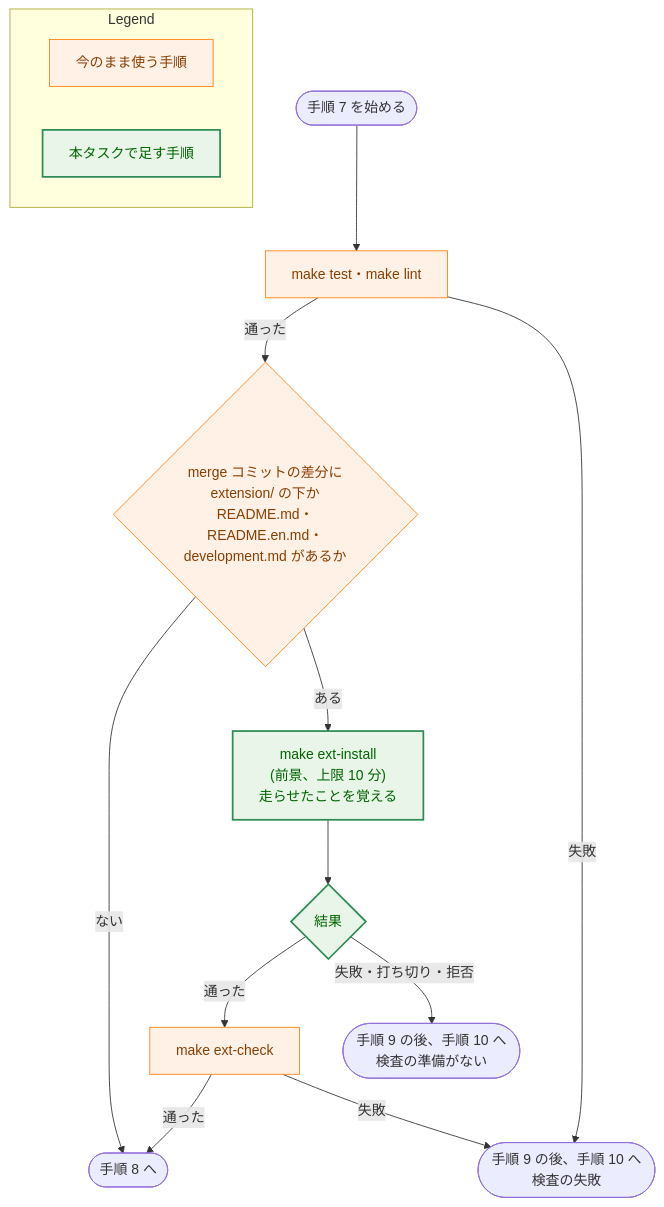
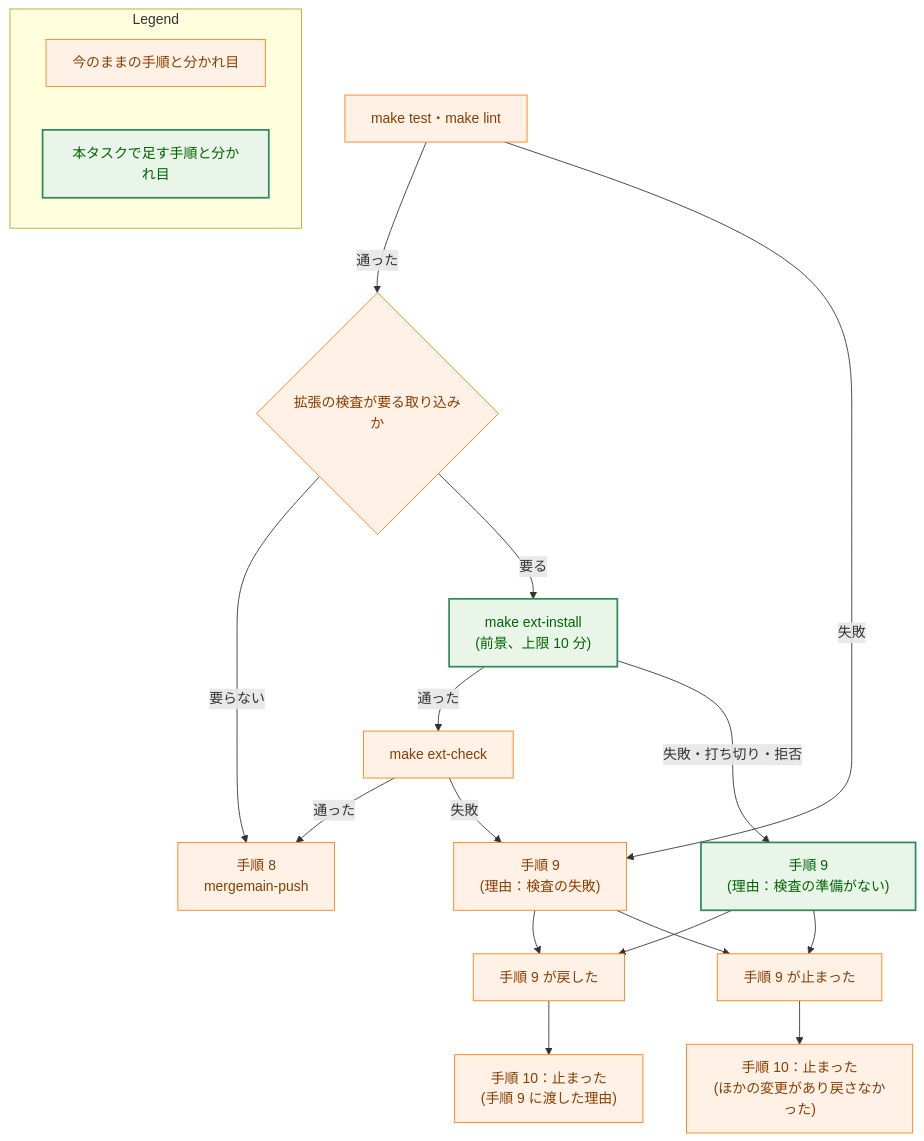
Before and after one commit to isseis/yt2column: the fifth of 5 diagrams in docs/tasks/0130_mergemain_ext_install/02_architecture.md, drawn with Mermaid. The commit also changed other lines of this file and 1 other file, not shown here.

First line of the commit message:
docs(0130): address the architecture review and improve its Japanese prose

````diff
--- a/docs/tasks/0130_mergemain_ext_install/02_architecture.md
+++ b/docs/tasks/0130_mergemain_ext_install/02_architecture.md
@@ -336,36 +362,42 @@
 ```mermaid
 flowchart TD
     classDef process fill:#fff1e6,stroke:#ff7f0e,stroke-width:1px,color:#8a3e00;
     classDef enhanced fill:#e8f5e8,stroke:#2e8b57,stroke-width:2px,color:#006400;
 
-    S(["手順 7 を始める"])
     T["make test・make lint"]
-    D{"merge コミットの差分に<br>extension/ の下か<br>README.md・README.en.md・<br>development.md があるか"}
-    I["make ext-install<br>(前景、上限 10 分)<br>走らせたことを覚える"]
-    IR{"結果"}
+    D{"拡張の検査が要る取り込みか"}
+    I["make ext-install<br>(前景、上限 10 分)"]
     C["make ext-check"]
-    S8(["手順 8 へ"])
-    S9A(["手順 9 の後、手順 10 へ<br>検査の失敗"])
-    S9B(["手順 9 の後、手順 10 へ<br>検査の準備がない"])
+    P["手順 8<br>mergemain-push"]
+    RA["手順 9<br>(理由：検査の失敗)"]
+    RB["手順 9<br>(理由：検査の準備がない)"]
+    OK["手順 9 が戻した"]
+    NG["手順 9 が止まった"]
+    E1["手順 10：止まった<br>(手順 9 に渡した理由)"]
+    E2["手順 10：止まった<br>(ほかの変更があり戻さなかった)"]
 
-    S --> T
     T -->|"通った"| D
-    T -->|"失敗"| S9A
-    D -->|"ない"| S8
-    D -->|"ある"| I
-    I --> IR
-    IR -->|"通った"| C
-    IR -->|"失敗・打ち切り・拒否"| S9B
-    C -->|"通った"| S8
-    C -->|"失敗"| S9A
+    T -->|"失敗"| RA
+    D -->|"要らない"| P
+    D -->|"要る"| I
+    I -->|"通った"| C
+    I -->|"失敗・打ち切り・拒否"| RB
+    C -->|"通った"| P
+    C -->|"失敗"| RA
+    RA --> OK
+    RA --> NG
+    RB --> OK
+    RB --> NG
+    OK --> E1
+    NG --> E2
 
-    class T,D,C process
-    class I,IR enhanced
+    class T,D,C,P,RA,OK,NG,E1,E2 process
+    class I,RB enhanced
 
     subgraph Legend["Legend"]
-        L1["今のまま使う手順"]
-        L2["本タスクで足す手順"]
+        L1["今のままの手順と分かれ目"]
+        L2["本タスクで足す手順と分かれ目"]
     end
     class L1 process
     class L2 enhanced
 ```
````
